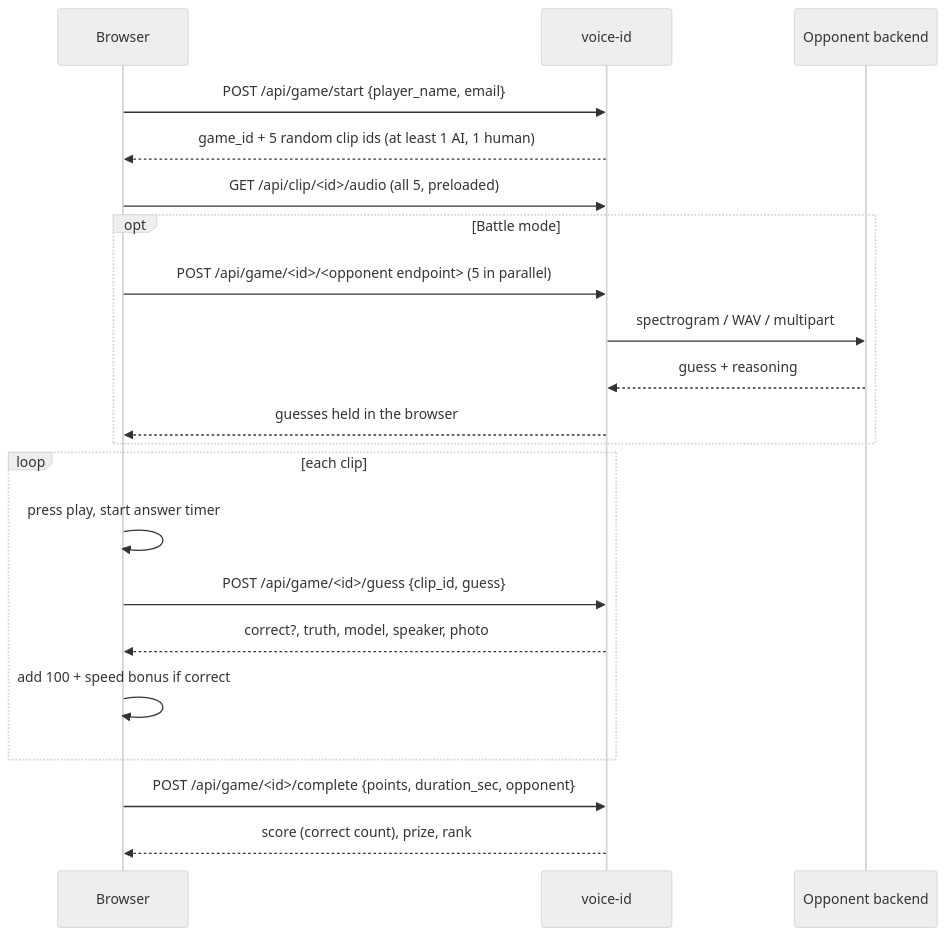
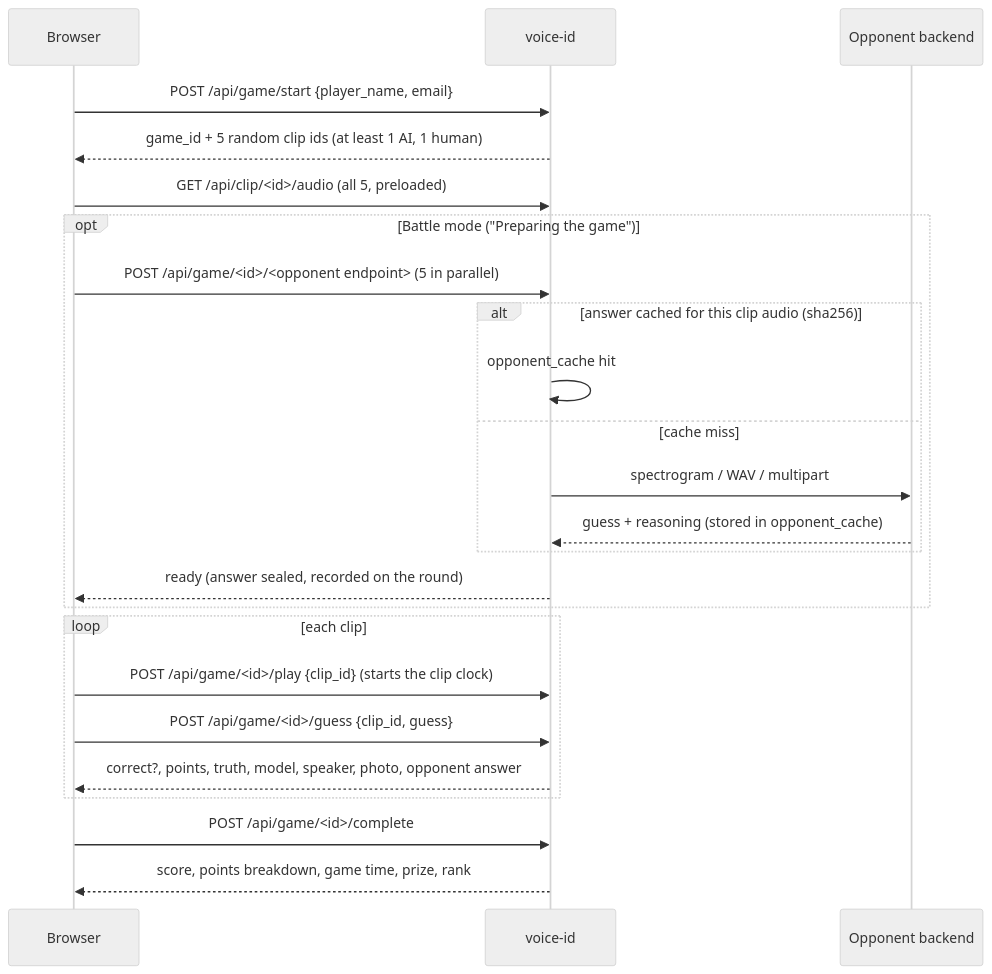
Before and after one commit to agiertli/voice-id: the second of 3 diagrams in docs/ARCHITECTURE.md, drawn with Mermaid (neutral theme). The commit also changed other lines of this file and 15 other files, not shown here.

First line of the commit message:
voice-id v3.4.0: opponent answer cache with background pre-warm, game time = first play to last answer

````diff
--- a/docs/ARCHITECTURE.md
+++ b/docs/ARCHITECTURE.md
@@ -85,23 +85,26 @@
 ```mermaid
 sequenceDiagram
     participant B as Browser
     participant G as voice-id
     participant O as Opponent backend
     B->>G: POST /api/game/start {player_name, email}
     G-->>B: game_id + 5 random clip ids (at least 1 AI, 1 human)
     B->>G: GET /api/clip/<id>/audio (all 5, preloaded)
-    opt Battle mode
+    opt Battle mode ("Preparing the game")
         B->>G: POST /api/game/<id>/<opponent endpoint> (5 in parallel)
-        G->>O: spectrogram / WAV / multipart
-        O-->>G: guess + reasoning
-        G-->>B: guesses held in the browser
+        alt answer cached for this clip audio (sha256)
+            G->>G: opponent_cache hit
+        else cache miss
+            G->>O: spectrogram / WAV / multipart
+            O-->>G: guess + reasoning (stored in opponent_cache)
+        end
+        G-->>B: ready (answer sealed, recorded on the round)
     end
     loop each clip
-        B->>B: press play, start answer timer
+        B->>G: POST /api/game/<id>/play {clip_id} (starts the clip clock)
         B->>G: POST /api/game/<id>/guess {clip_id, guess}
-        G-->>B: correct?, truth, model, speaker, photo
-        B->>B: add 100 + speed bonus if correct
+        G-->>B: correct?, points, truth, model, speaker, photo, opponent answer
     end
-    B->>G: POST /api/game/<id>/complete {points, duration_sec, opponent}
-    G-->>B: score (correct count), prize, rank
+    B->>G: POST /api/game/<id>/complete
+    G-->>B: score, points breakdown, game time, prize, rank
 ```
````
